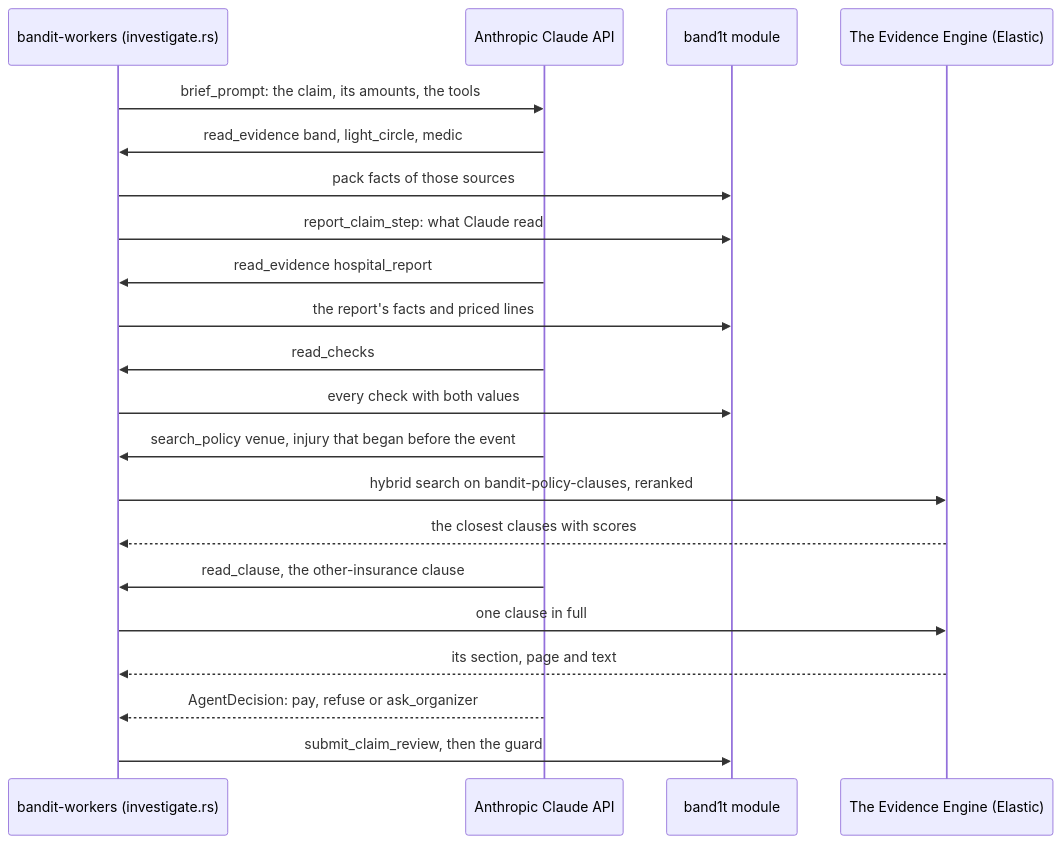
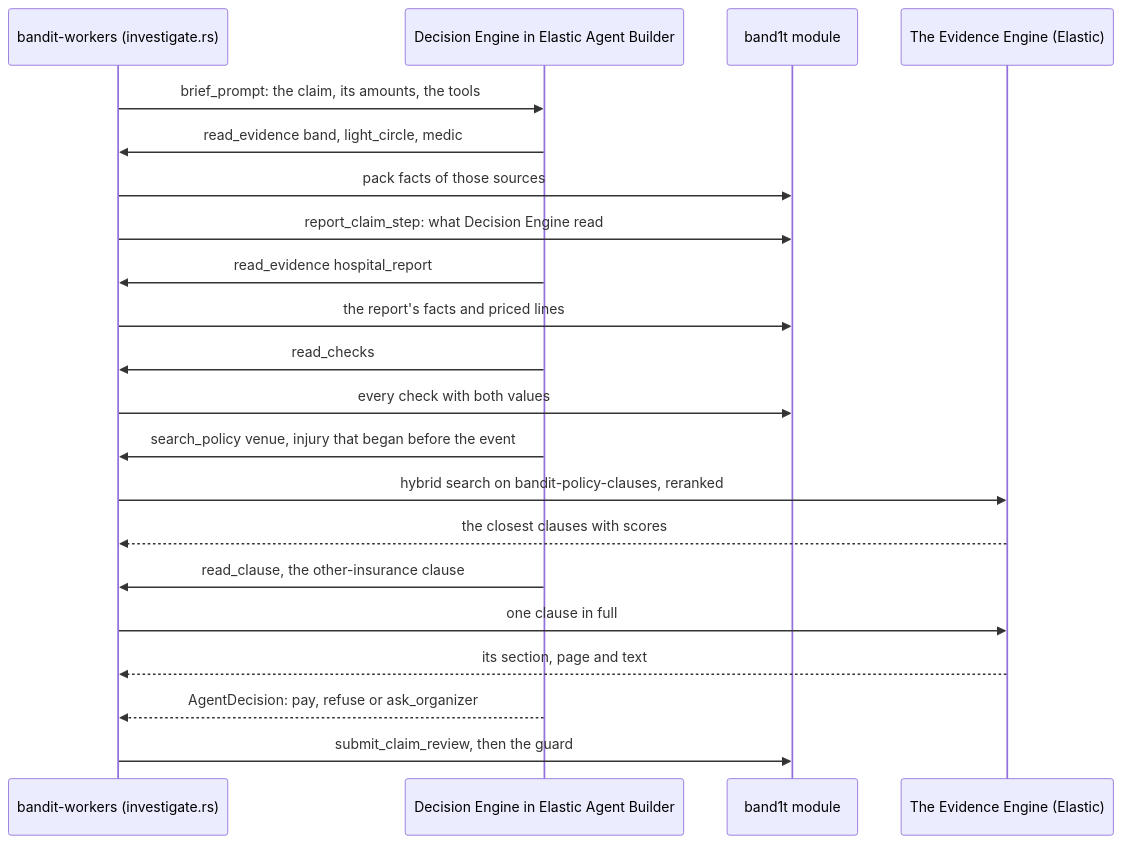
Before and after one commit to viktorinkov/cal-hacks-13: the second of 6 diagrams in System Design/6-features/Insurance.md, drawn with Mermaid. The commit also changed other lines of this file and 50 other files, not shown here.

````diff
--- a/System Design/6-features/Insurance.md
+++ b/System Design/6-features/Insurance.md
@@ -169,23 +171,23 @@
 ```mermaid
 sequenceDiagram
   participant W as bandit-workers (investigate.rs)
-  participant C as Anthropic Claude API
+  participant C as Decision Engine in Elastic Agent Builder
   participant M as band1t module
   participant E as The Evidence Engine (Elastic)
   W->>C: brief_prompt: the claim, its amounts, the tools
   C->>W: read_evidence band, light_circle, medic
   W->>M: pack facts of those sources
-  W->>M: report_claim_step: what Claude read
+  W->>M: report_claim_step: what Decision Engine read
   C->>W: read_evidence hospital_report
   W->>M: the report's facts and priced lines
   C->>W: read_checks
   W->>M: every check with both values
   C->>W: search_policy venue, injury that began before the event
   W->>E: hybrid search on bandit-policy-clauses, reranked
   E-->>W: the closest clauses with scores
   C->>W: read_clause, the other-insurance clause
   W->>E: one clause in full
   E-->>W: its section, page and text
   C-->>W: AgentDecision: pay, refuse or ask_organizer
   W->>M: submit_claim_review, then the guard
 ```
````
